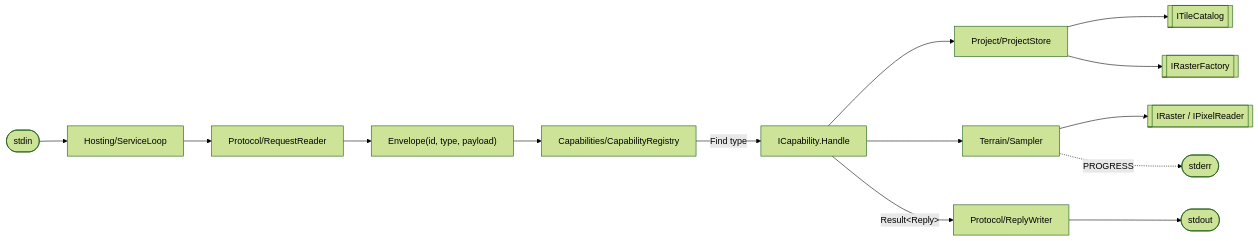
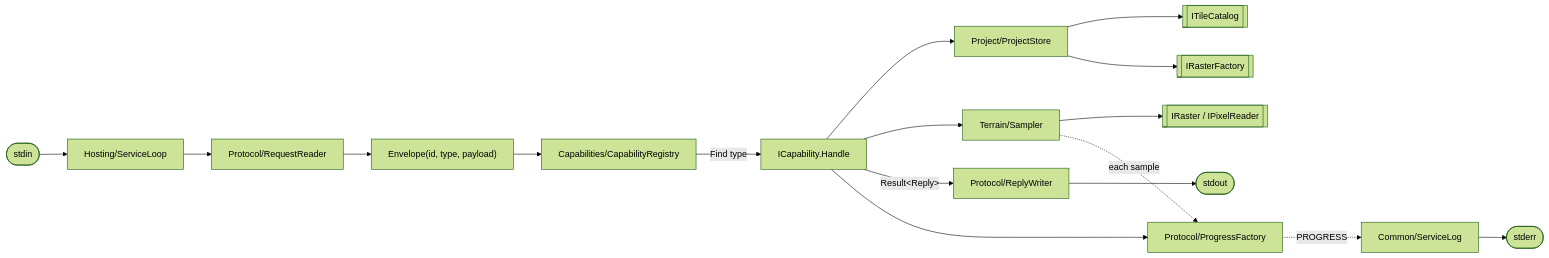
The first of 2 diagrams in Acad-C3D-Tools/GDALService/README.md (shtirlitsDva/Autocad-Civil3d-Tools), drawn with Mermaid (forest theme) before and after one commit. The commit also changed other lines of this file and 6 other files, not shown here.

````diff
--- a/Acad-C3D-Tools/GDALService/README.md
+++ b/Acad-C3D-Tools/GDALService/README.md
@@ -79,14 +79,15 @@
 ```mermaid
 flowchart LR
     stdin([stdin]) --> Loop[Hosting/ServiceLoop]
     Loop --> Reader[Protocol/RequestReader] --> Env["Envelope(id, type, payload)"]
     Env --> Registry[Capabilities/CapabilityRegistry]
     Registry -->|Find type| Cap["ICapability.Handle"]
     Cap --> Store[Project/ProjectStore]
     Cap --> Sampler[Terrain/Sampler]
     Store --> Catalog[[ITileCatalog]]
     Store --> Factory[[IRasterFactory]]
     Sampler --> Raster[[IRaster / IPixelReader]]
     Cap -->|"Result&lt;Reply&gt;"| Writer[Protocol/ReplyWriter] --> stdout([stdout])
-    Sampler -.PROGRESS.-> stderr([stderr])
+    Cap --> Progress[Protocol/ProgressFactory] -.PROGRESS.-> Log[Common/ServiceLog] --> stderr([stderr])
+    Sampler -.each sample.-> Progress
 ```
````
